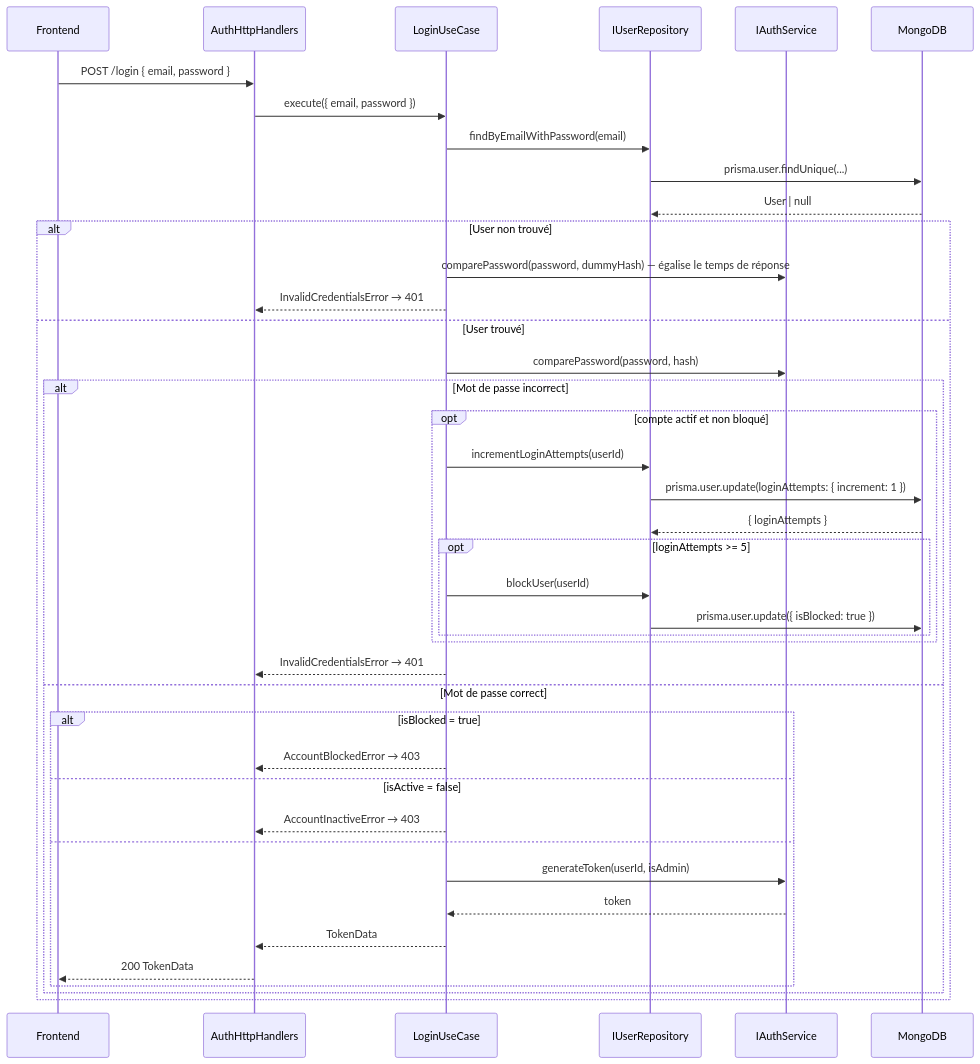
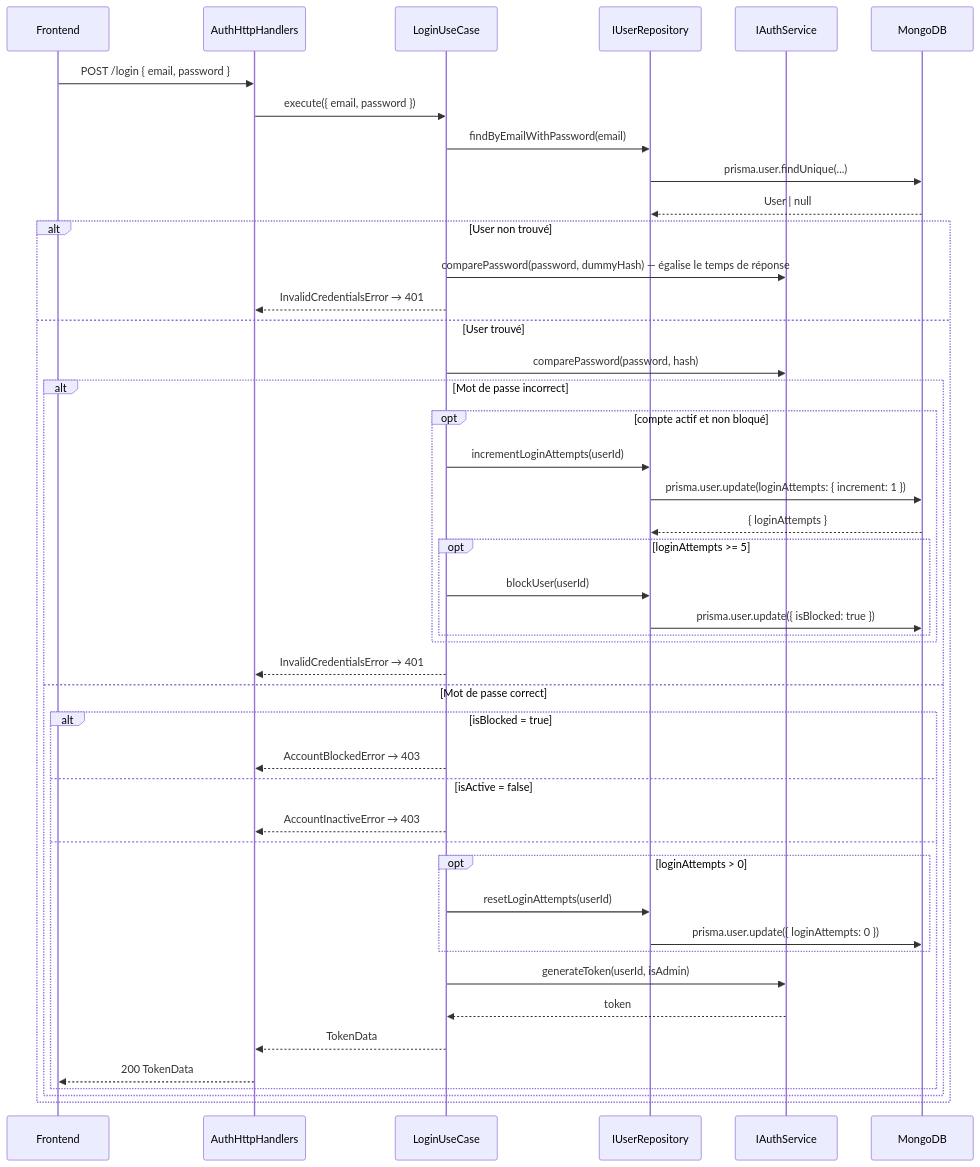
The second of 9 diagrams in specifications/10-inscription-et-authentification.md (ptitdam2001/fullstack-application), drawn with Mermaid before and after one commit. The commit also changed other lines of this file, not shown here.

First line of the commit message:
docs(spec): reset loginAttempts on successful login

````diff
--- a/specifications/10-inscription-et-authentification.md
+++ b/specifications/10-inscription-et-authentification.md
@@ -253,44 +255,48 @@
 ```mermaid
 sequenceDiagram
     participant FE as Frontend
     participant API as AuthHttpHandlers
     participant UC as LoginUseCase
     participant UserRepo as IUserRepository
     participant AuthSvc as IAuthService
     participant DB as MongoDB
 
     FE->>API: POST /login { email, password }
     API->>UC: execute({ email, password })
     UC->>UserRepo: findByEmailWithPassword(email)
     UserRepo->>DB: prisma.user.findUnique(...)
     DB-->>UserRepo: User | null
     alt User non trouvé
         UC->>AuthSvc: comparePassword(password, dummyHash) — égalise le temps de réponse
         UC-->>API: InvalidCredentialsError → 401
     else User trouvé
         UC->>AuthSvc: comparePassword(password, hash)
         alt Mot de passe incorrect
             opt compte actif et non bloqué
                 UC->>UserRepo: incrementLoginAttempts(userId)
                 UserRepo->>DB: prisma.user.update(loginAttempts: { increment: 1 })
                 DB-->>UserRepo: { loginAttempts }
                 opt loginAttempts >= 5
                     UC->>UserRepo: blockUser(userId)
                     UserRepo->>DB: prisma.user.update({ isBlocked: true })
                 end
             end
             UC-->>API: InvalidCredentialsError → 401
         else Mot de passe correct
             alt isBlocked = true
                 UC-->>API: AccountBlockedError → 403
             else isActive = false
                 UC-->>API: AccountInactiveError → 403
             else
+                opt loginAttempts > 0
+                    UC->>UserRepo: resetLoginAttempts(userId)
+                    UserRepo->>DB: prisma.user.update({ loginAttempts: 0 })
+                end
                 UC->>AuthSvc: generateToken(userId, isAdmin)
                 AuthSvc-->>UC: token
                 UC-->>API: TokenData
                 API-->>FE: 200 TokenData
             end
         end
     end
 ```
````
